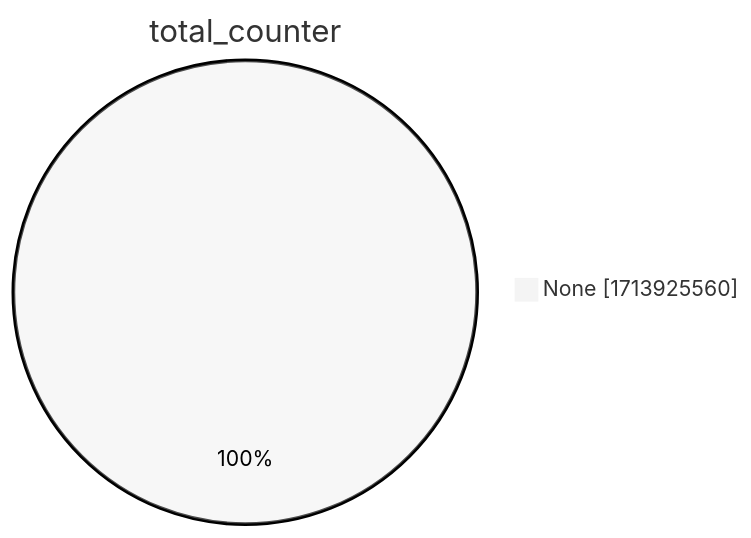
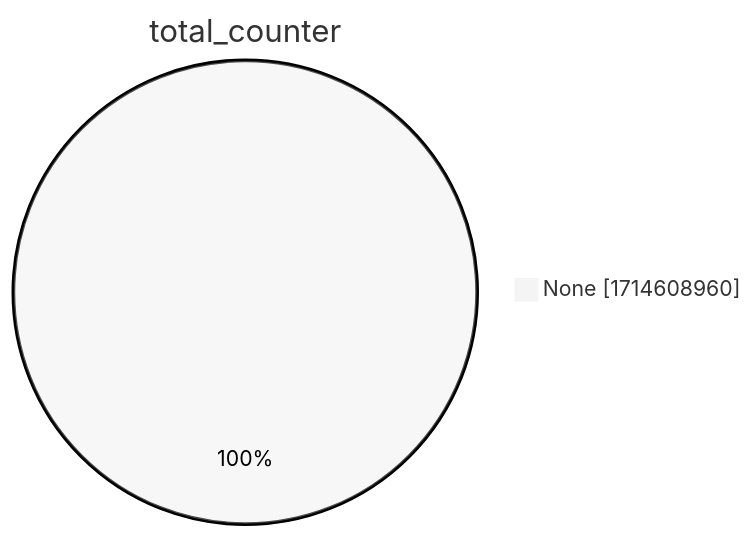
Before and after one commit to christiankrug/ctmonitor_visualization: the second of 15 diagrams in xenon2022/README.md, drawn with Mermaid (neutral theme). The commit also changed other lines of this file, not shown here.

````diff
--- a/xenon2022/README.md
+++ b/xenon2022/README.md
@@ -9,5 +9,5 @@
 ```mermaid
 pie showData
 title total_counter
-"None" :1713925560
+"None" :1714608960
 ```
````
